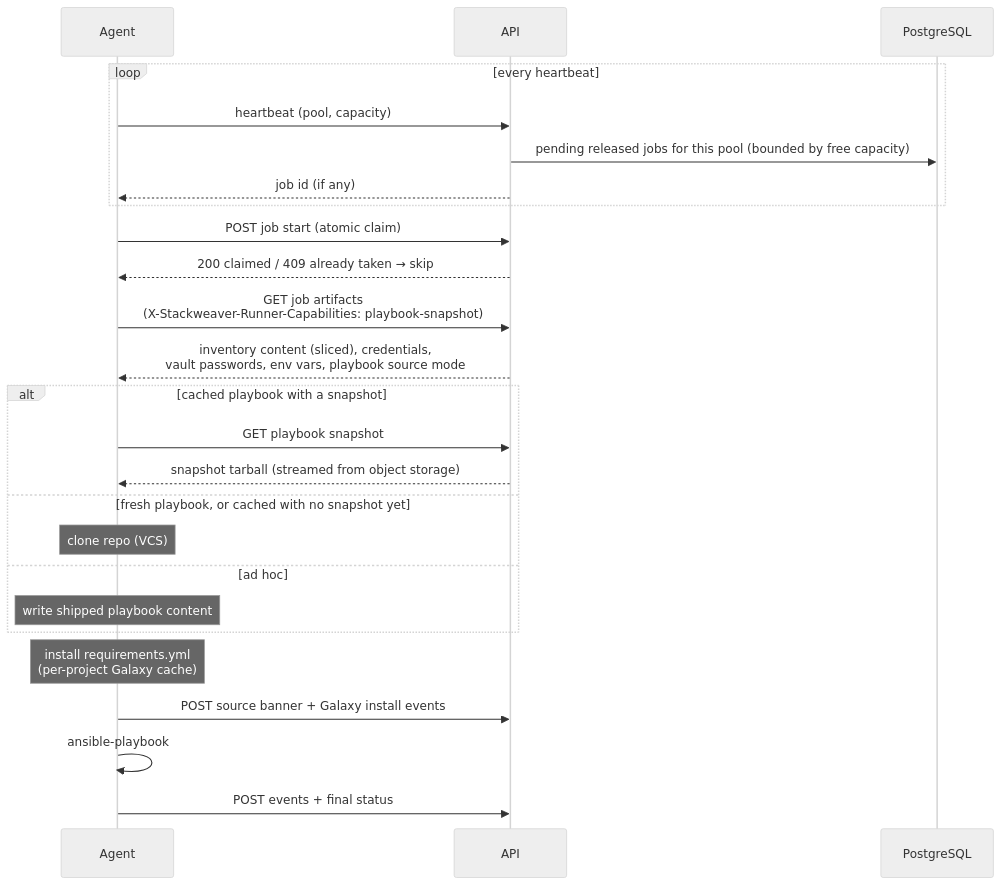
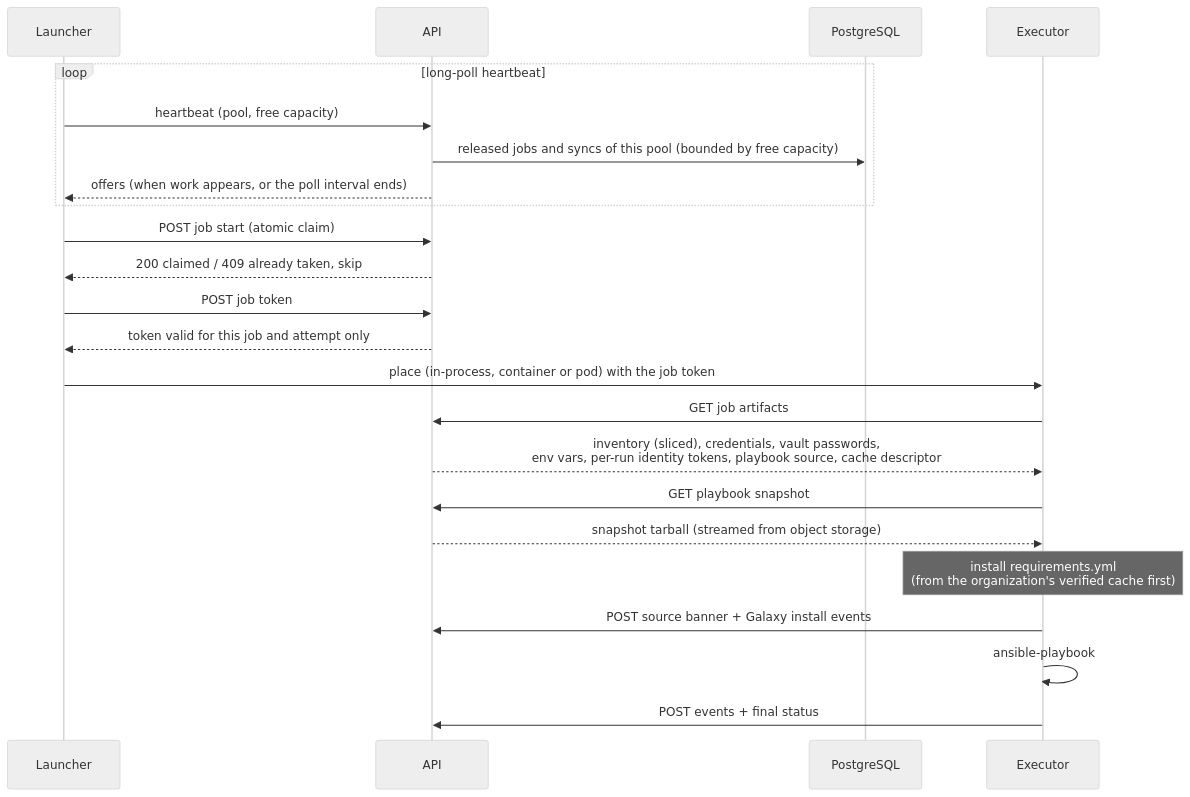
One commit to vhco-pro/stackweaver-frontend changed the third of 7 diagrams in docs/features/ansible/execution-flows.md. Above: the diagram before and after it, drawn with Mermaid (neutral theme). The commit also changed other lines of this file and 118 other files, not shown here.

Commit message:
Merge pull request #1002: launchers, drivers and executors for every run, job and sync (#304)

````diff
--- a/docs/features/ansible/execution-flows.md
+++ b/docs/features/ansible/execution-flows.md
@@ -304,27 +293,25 @@
 ```mermaid
 sequenceDiagram
-    participant Agent
+    participant Launcher
     participant API
     participant DB as PostgreSQL
-    loop every heartbeat
-        Agent->>API: heartbeat (pool, capacity)
-        API->>DB: pending released jobs for this pool (bounded by free capacity)
-        API-->>Agent: job id (if any)
+    participant Executor
+    loop long-poll heartbeat
+        Launcher->>API: heartbeat (pool, free capacity)
+        API->>DB: released jobs and syncs of this pool (bounded by free capacity)
+        API-->>Launcher: offers (when work appears, or the poll interval ends)
     end
-    Agent->>API: POST job start (atomic claim)
-    API-->>Agent: 200 claimed / 409 already taken → skip
-    Agent->>API: GET job artifacts<br/>(X-Stackweaver-Runner-Capabilities: playbook-snapshot)
-    API-->>Agent: inventory content (sliced), credentials,<br/>vault passwords, env vars, playbook source mode
-    alt cached playbook with a snapshot
-        Agent->>API: GET playbook snapshot
-        API-->>Agent: snapshot tarball (streamed from object storage)
-    else fresh playbook, or cached with no snapshot yet
-        Note over Agent: clone repo (VCS)
-    else ad hoc
-        Note over Agent: write shipped playbook content
-    end
-    Note over Agent: install requirements.yml<br/>(per-project Galaxy cache)
-    Agent->>API: POST source banner + Galaxy install events
-    Agent->>Agent: ansible-playbook
-    Agent->>API: POST events + final status
+    Launcher->>API: POST job start (atomic claim)
+    API-->>Launcher: 200 claimed / 409 already taken, skip
+    Launcher->>API: POST job token
+    API-->>Launcher: token valid for this job and attempt only
+    Launcher->>Executor: place (in-process, container or pod) with the job token
+    Executor->>API: GET job artifacts
+    API-->>Executor: inventory (sliced), credentials, vault passwords,<br/>env vars, per-run identity tokens, playbook source, cache descriptor
+    Executor->>API: GET playbook snapshot
+    API-->>Executor: snapshot tarball (streamed from object storage)
+    Note over Executor: install requirements.yml<br/>(from the organization's verified cache first)
+    Executor->>API: POST source banner + Galaxy install events
+    Executor->>Executor: ansible-playbook
+    Executor->>API: POST events + final status
 ```
````
